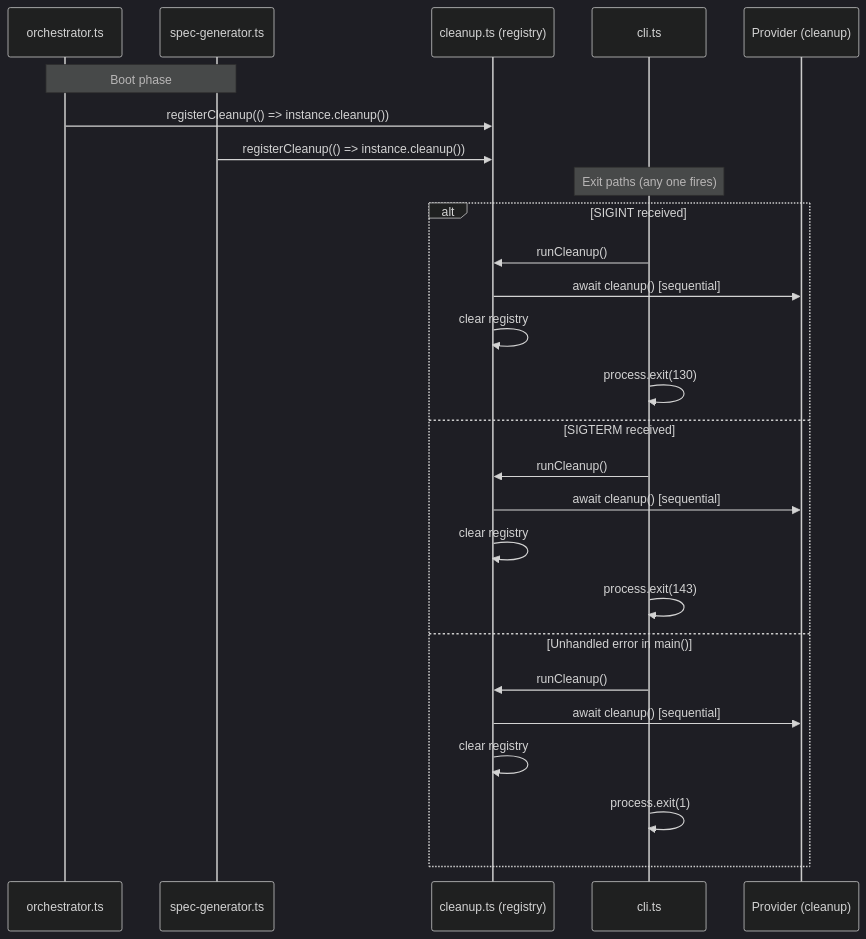
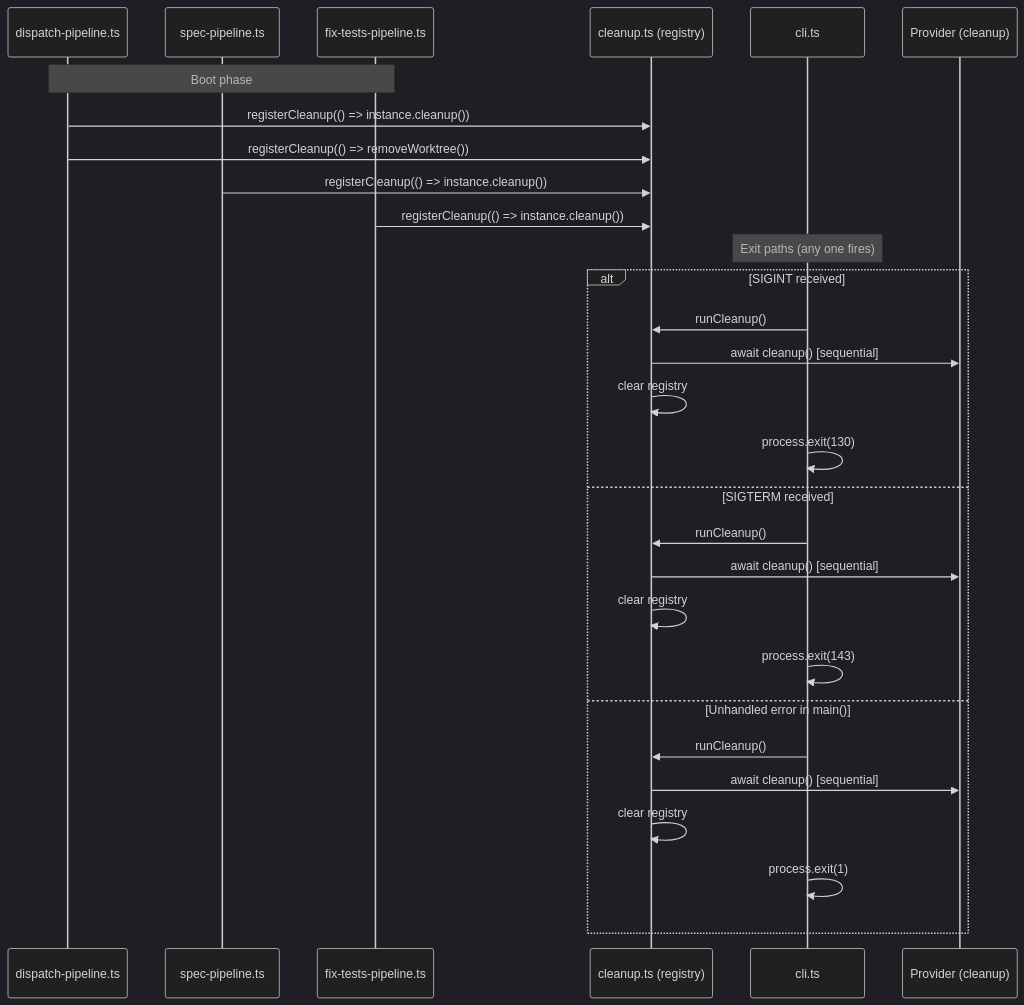
Before and after one commit to PatrickRuddiman/Dispatch: the diagram in docs/shared-types/cleanup.md, drawn with Mermaid (dark theme). The commit also changed other lines of this file and 51 other files, not shown here.

````diff
--- a/docs/shared-types/cleanup.md
+++ b/docs/shared-types/cleanup.md
@@ -47,32 +47,35 @@
 ```mermaid
 sequenceDiagram
-    participant Orch as orchestrator.ts
-    participant Spec as spec-generator.ts
+    participant DP as dispatch-pipeline.ts
+    participant SP as spec-pipeline.ts
+    participant FP as fix-tests-pipeline.ts
     participant Reg as cleanup.ts (registry)
     participant CLI as cli.ts
     participant Prov as Provider (cleanup)
 
-    Note over Orch,Spec: Boot phase
+    Note over DP,FP: Boot phase
 
-    Orch->>Reg: registerCleanup(() => instance.cleanup())
-    Spec->>Reg: registerCleanup(() => instance.cleanup())
+    DP->>Reg: registerCleanup(() => instance.cleanup())
+    DP->>Reg: registerCleanup(() => removeWorktree())
+    SP->>Reg: registerCleanup(() => instance.cleanup())
+    FP->>Reg: registerCleanup(() => instance.cleanup())
 
     Note over CLI: Exit paths (any one fires)
 
     alt SIGINT received
         CLI->>Reg: runCleanup()
         Reg->>Prov: await cleanup() [sequential]
         Reg->>Reg: clear registry
         CLI->>CLI: process.exit(130)
     else SIGTERM received
         CLI->>Reg: runCleanup()
         Reg->>Prov: await cleanup() [sequential]
         Reg->>Reg: clear registry
         CLI->>CLI: process.exit(143)
     else Unhandled error in main()
         CLI->>Reg: runCleanup()
         Reg->>Prov: await cleanup() [sequential]
         Reg->>Reg: clear registry
         CLI->>CLI: process.exit(1)
     end
 ```
````
